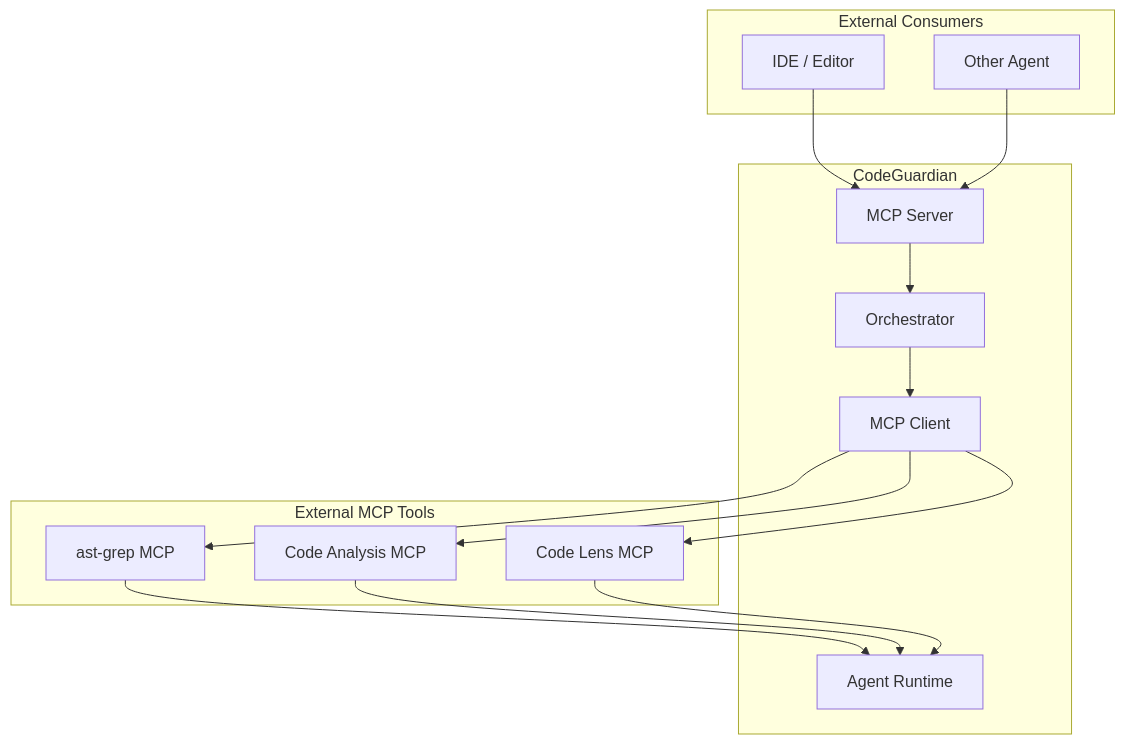
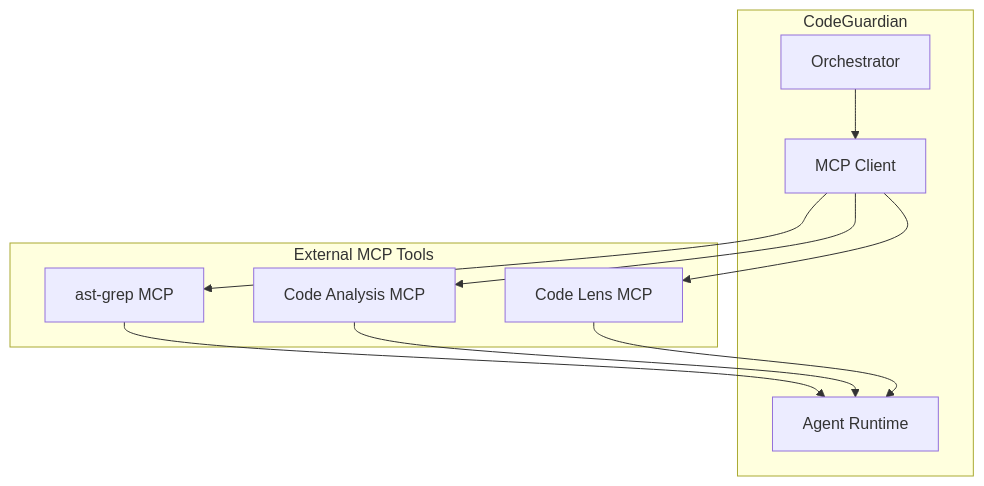
Before and after one commit to arubara2021/CodeGuardian: diagram 11 of 25 in docs/04-architecture.md, drawn with Mermaid. The commit also changed other lines of this file and 5 other files, not shown here.

````diff
--- a/docs/04-architecture.md
+++ b/docs/04-architecture.md
@@ -501,31 +726,22 @@
 ```mermaid
 flowchart TB
     subgraph CodeGuardian
         Orchestrator[Orchestrator]
         MCPClient[MCP Client]
-        MCPServer[MCP Server]
         AgentRuntime[Agent Runtime]
     end
 
     subgraph External["External MCP Tools"]
         ASTGrep[ast-grep MCP]
         CodeAnalysis[Code Analysis MCP]
         CodeLens[Code Lens MCP]
     end
 
-    subgraph Consumers["External Consumers"]
-        IDE[IDE / Editor]
-        OtherAgent[Other Agent]
-    end
-
     Orchestrator --> MCPClient
     MCPClient --> ASTGrep
     MCPClient --> CodeAnalysis
     MCPClient --> CodeLens
     ASTGrep --> AgentRuntime
     CodeAnalysis --> AgentRuntime
     CodeLens --> AgentRuntime
-    IDE --> MCPServer
-    OtherAgent --> MCPServer
-    MCPServer --> Orchestrator
 ```
````
